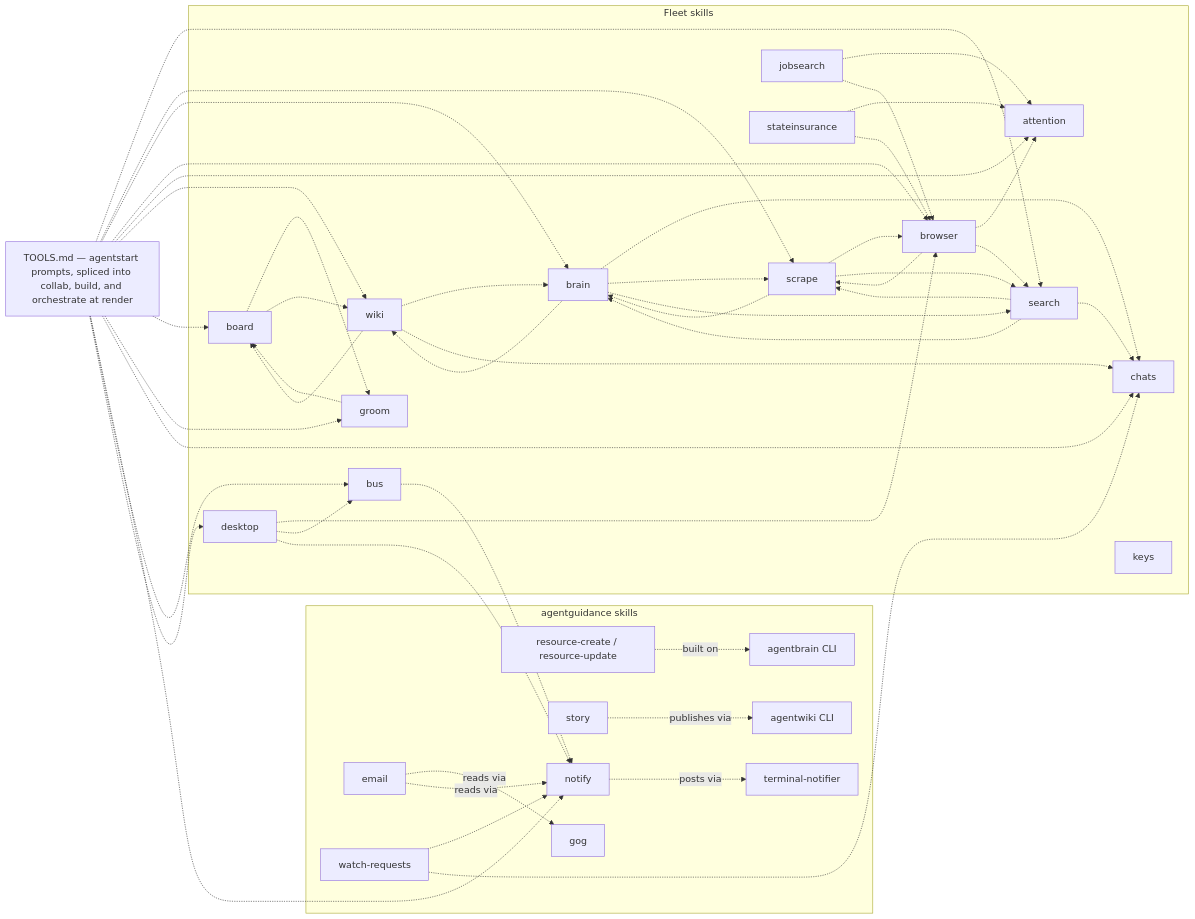
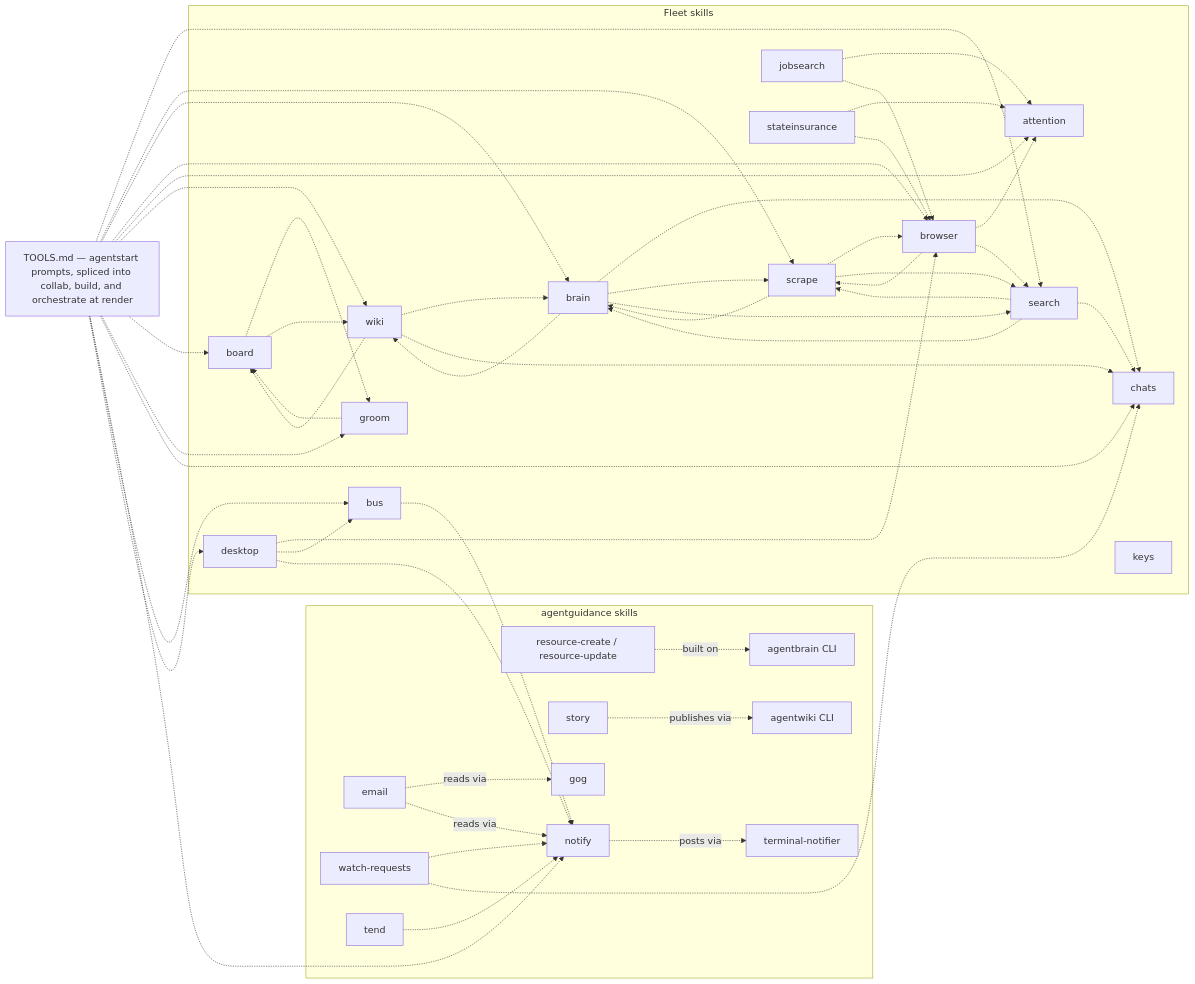
Before and after one commit to possibilities/agentstart: the third of 3 diagrams in skills/fleet/MAP.md, drawn with Mermaid. The commit also changed other lines of this file and 17 other files, not shown here.

````diff
--- a/skills/fleet/MAP.md
+++ b/skills/fleet/MAP.md
@@ -112,33 +112,34 @@
 ```mermaid
 flowchart LR
     subgraph fleetSkills [Fleet skills]
         board -.-> groom & wiki
         groom -.-> board
         brain -.-> chats & scrape & search & wiki
         scrape -.-> brain & browser & search
         search -.-> brain & chats & scrape
         browser -.-> attention & scrape & search
         attention
         jobsearch -.-> attention & browser
         stateinsurance -.-> attention & browser
         wiki -.-> board & brain & chats
         desktop -.-> browser & bus
         chats
         keys
         bus
     end
 
     subgraph guidanceSkills [agentguidance skills]
         resource[resource-create / resource-update] -.->|built on| brainCli[agentbrain CLI]
         story -.->|publishes via| wikiCli[agentwiki CLI]
         notify -.->|posts via| notifierCli[terminal-notifier]
         email -.->|reads via| gogCli[gog] & notify
         watchRequests[watch-requests] -.-> notify
+        tend[tend] -.-> notify
     end
 
     watchRequests -.-> chats
     bus -.-> notify
     desktop -.-> notify
 
     tools[TOOLS.md — agentstart prompts, spliced into collab, build, and orchestrate at render] -.-> search & scrape & brain & browser & attention & wiki & board & groom & chats & notify & bus & desktop
 ```
````
